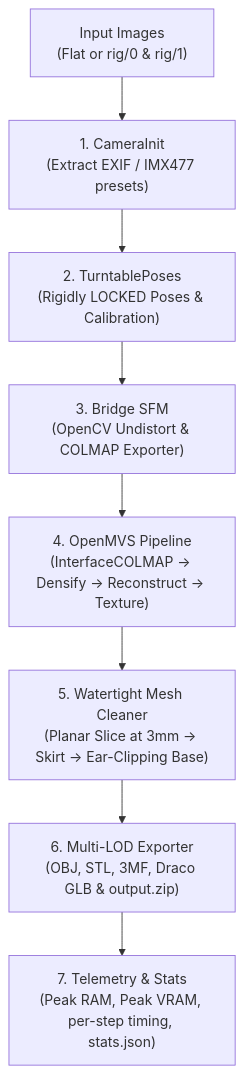
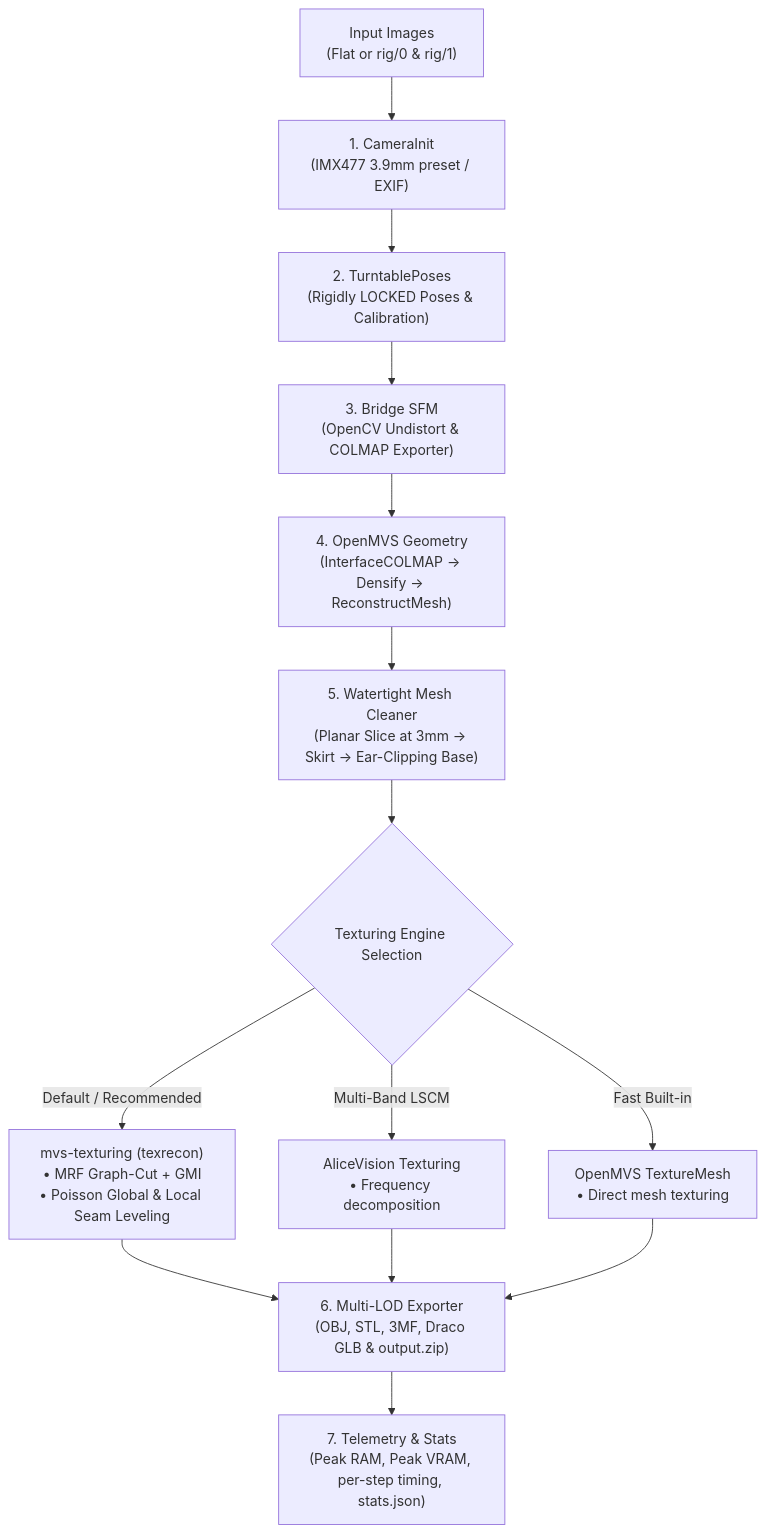
The diagram in README.md (AlinC10/photogrammetry_pipeline), drawn with Mermaid before and after one commit. The commit also changed other lines of this file and 14 other files, not shown here.

First line of the commit message:
feat(texturing): integrate mvs-texturing (texrecon) & calibrate 3.9mm IMX477 optics

````diff
--- a/README.md
+++ b/README.md
@@ -9,10 +9,16 @@
 ```mermaid
 flowchart TD
-    A["Input Images<br/>(Flat or rig/0 & rig/1)"] --> B["1. CameraInit<br/>(Extract EXIF / IMX477 presets)"]
+    A["Input Images<br/>(Flat or rig/0 & rig/1)"] --> B["1. CameraInit<br/>(IMX477 3.9mm preset / EXIF)"]
     B --> C["2. TurntablePoses<br/>(Rigidly LOCKED Poses & Calibration)"]
     C --> D["3. Bridge SFM<br/>(OpenCV Undistort & COLMAP Exporter)"]
-    D --> E["4. OpenMVS Pipeline<br/>(InterfaceCOLMAP &rarr; Densify &rarr; Reconstruct &rarr; Texture)"]
+    D --> E["4. OpenMVS Geometry<br/>(InterfaceCOLMAP &rarr; Densify &rarr; ReconstructMesh)"]
     E --> F["5. Watertight Mesh Cleaner<br/>(Planar Slice at 3mm &rarr; Skirt &rarr; Ear-Clipping Base)"]
-    F --> G["6. Multi-LOD Exporter<br/>(OBJ, STL, 3MF, Draco GLB & output.zip)"]
-    G --> H["7. Telemetry & Stats<br/>(Peak RAM, Peak VRAM, per-step timing, stats.json)"]
+    F --> G{"Texturing Engine Selection"}
+    G -->|Default / Recommended| H1["mvs-texturing (texrecon)<br/>• MRF Graph-Cut + GMI<br/>• Poisson Global & Local Seam Leveling"]
+    G -->|Multi-Band LSCM| H2["AliceVision Texturing<br/>• Frequency decomposition"]
+    G -->|Fast Built-in| H3["OpenMVS TextureMesh<br/>• Direct mesh texturing"]
+    H1 --> I["6. Multi-LOD Exporter<br/>(OBJ, STL, 3MF, Draco GLB & output.zip)"]
+    H2 --> I
+    H3 --> I
+    I --> J["7. Telemetry & Stats<br/>(Peak RAM, Peak VRAM, per-step timing, stats.json)"]
 ```
````
